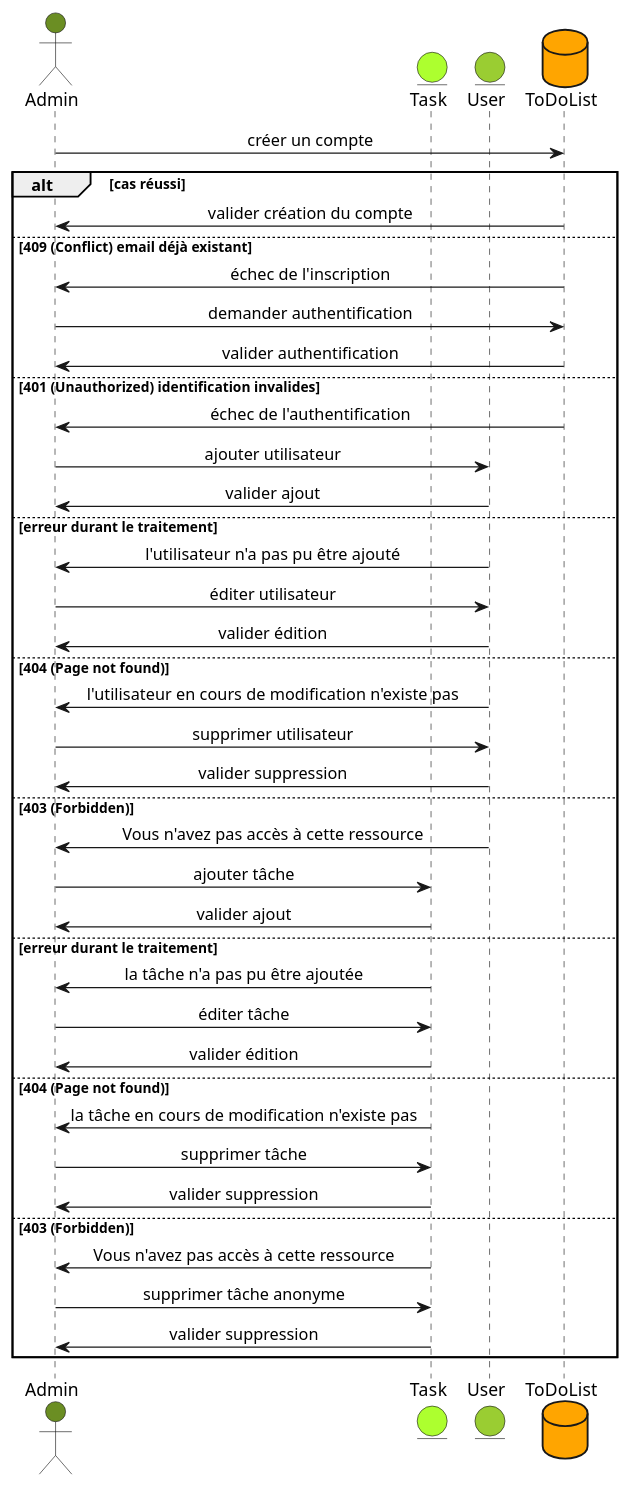
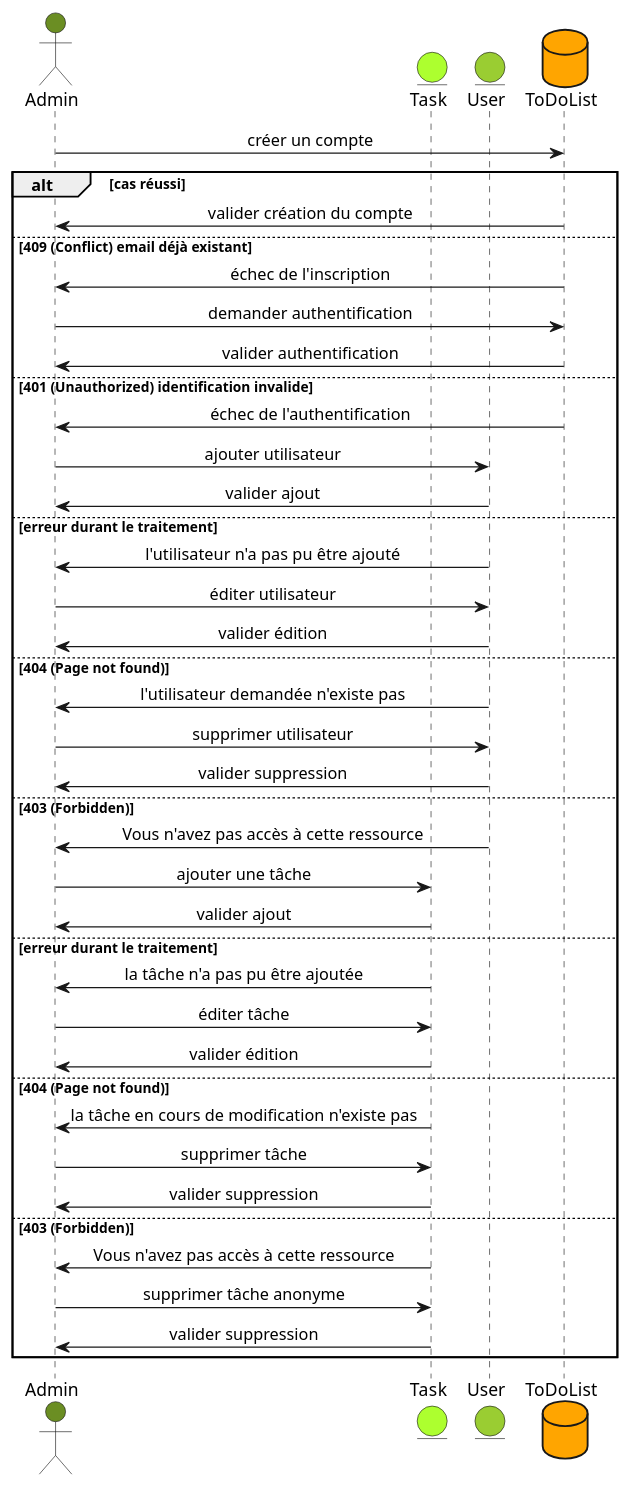
One commit to laurasullyalexandrine/todolist-v2 changed the diagram in public/docs/uml-diagrams/Sequence/AdminSequence.puml. Above: the diagram before and after it, drawn with PlantUML. The commit also changed 1 other file, not shown here.

Commit message:
fix sequence diagrams

```diff
--- a/public/docs/uml-diagrams/Sequence/AdminSequence.puml
+++ b/public/docs/uml-diagrams/Sequence/AdminSequence.puml
@@ -1,58 +1,58 @@
 @startuml AdminSequence
 
 skinparam responseMessageBelowArrow true
 skinparam SequenceMessageAlignment center
 
 actor Admin as Admin #OliveDrab
 
 entity Task as Task #GreenYellow
 entity User as User #YellowGreen
 
 database ToDoList as ToDoList #Orange
 
 Admin -> ToDoList: créer un compte
 alt cas réussi
 ToDoList-> Admin: valider création du compte
 else 409 (Conflict) email déjà existant 
 ToDoList-> Admin: échec de l'inscription
 
 Admin  -> ToDoList: demander authentification 
 ToDoList-> Admin: valider authentification 
-else 401 (Unauthorized) identification invalides
+else 401 (Unauthorized) identification invalide
 ToDoList-> Admin: échec de l'authentification
 
 Admin  -> User: ajouter utilisateur
 User -> Admin: valider ajout
 else erreur durant le traitement
 User -> Admin: l'utilisateur n'a pas pu être ajouté
 
 Admin  -> User: éditer utilisateur
 User -> Admin: valider édition
 else 404 (Page not found)
-User -> Admin: l'utilisateur en cours de modification n'existe pas
+User -> Admin: l'utilisateur demandée n'existe pas
 
 Admin  -> User: supprimer utilisateur
 User -> Admin: valider suppression
 else 403 (Forbidden)
 User -> Admin: Vous n'avez pas accès à cette ressource
 
-Admin  -> Task: ajouter tâche
+Admin  -> Task: ajouter une tâche
 Task -> Admin: valider ajout
 else erreur durant le traitement
 Task -> Admin: la tâche n'a pas pu être ajoutée
 
 Admin  -> Task: éditer tâche
 Task -> Admin: valider édition
 else 404 (Page not found)
 Task -> Admin: la tâche en cours de modification n'existe pas
 
 Admin  -> Task: supprimer tâche
 Task -> Admin: valider suppression
 else 403 (Forbidden)
 Task -> Admin: Vous n'avez pas accès à cette ressource
 
 Admin  -> Task: supprimer tâche anonyme
 Task -> Admin: valider suppression
 
 end
 @enduml
```
